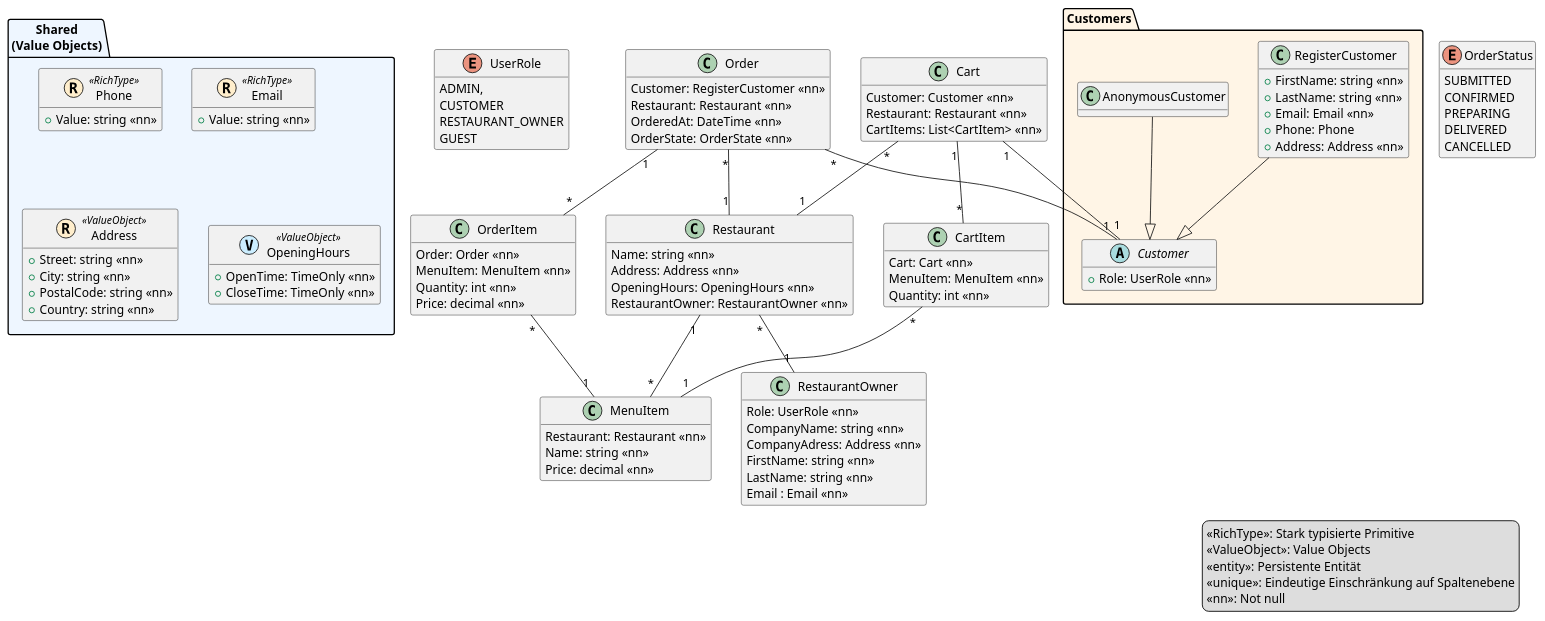
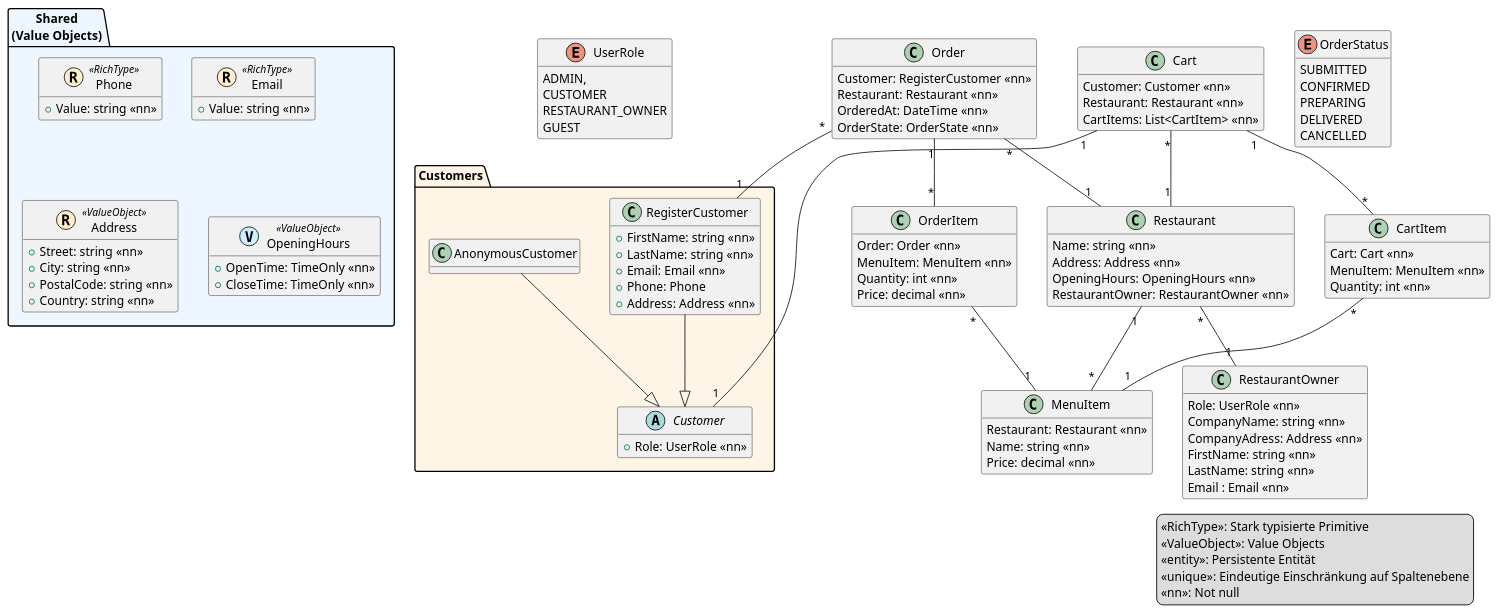
The diagram in model.puml (rw-dalai/spengerbite-api-6baif), drawn with PlantUML before and after one commit.

Commit message:
fix: use RegisteredCustomer instead of Customer

```diff
--- a/model.puml
+++ b/model.puml
@@ -1,149 +1,145 @@
 @startuml
 ' ---- Layout & Stil ----
 hide empty methods
  
 ' ---- Legende ----
 legend right
 <<RichType>>: Stark typisierte Primitive
 <<ValueObject>>: Value Objects
 <<entity>>: Persistente Entität
 <<unique>>: Eindeutige Einschränkung auf Spaltenebene
 <<nn>>: Not null
 endlegend
  
 ' ===================== Packages =====================
 
 package "Shared\n(Value Objects)" as P_Shared #EEF6FF {
  
   class Phone << (R,#FFEECC) RichType >> {
     +Value: string <<nn>>
   }
   
   class Email << (R,#FFEECC) RichType >> {
     +Value: string <<nn>>
   }
   
   class Address << (R,#FFEECC) ValueObject >> {
     +Street: string <<nn>>
     +City: string <<nn>>
     +PostalCode: string <<nn>>
     +Country: string <<nn>>
   }
   
   class OpeningHours << (V,#CCEEFF) ValueObject >> {
     +OpenTime: TimeOnly <<nn>>
     +CloseTime: TimeOnly <<nn>>
   }
 }
 
 enum UserRole {
   ADMIN,
   CUSTOMER
   RESTAURANT_OWNER
   GUEST
 }
 
 package "Customers" as P_Customers #FFF5E6 {
 
     abstract class Customer {
       +Role: UserRole <<nn>>
     }
     
     class RegisterCustomer {
       +FirstName: string <<nn>>
       +LastName: string <<nn>>
       +Email: Email <<nn>>
       +Phone: Phone
       +Address: Address <<nn>>
       '+Addresses: List<Address> <<nn>>
     }
     
     class AnonymousCustomer {
     }
 }
 
 class RestaurantOwner {
   Role: UserRole <<nn>>
   CompanyName: string <<nn>>
   CompanyAdress: Address <<nn>>
   FirstName: string <<nn>>
   LastName: string <<nn>>
   Email : Email <<nn>>
 }
 
 enum OrderStatus {
   SUBMITTED
   CONFIRMED
   PREPARING
   DELIVERED
   CANCELLED
 }
 
 class Order {
   Customer: RegisterCustomer <<nn>>
   Restaurant: Restaurant <<nn>>
   OrderedAt: DateTime <<nn>>
   OrderState: OrderState <<nn>>
 }
 
 class OrderItem {
   Order: Order <<nn>>
   MenuItem: MenuItem <<nn>>
   Quantity: int <<nn>>
   Price: decimal <<nn>>
 }
 
 class Restaurant {
   Name: string <<nn>>
   Address: Address <<nn>>
   OpeningHours: OpeningHours <<nn>>
   RestaurantOwner: RestaurantOwner <<nn>>
 }
 
 class MenuItem {
   Restaurant: Restaurant <<nn>>
   Name: string <<nn>>
   Price: decimal <<nn>>
 }
 
 class Cart {
    Customer: Customer <<nn>>
    Restaurant: Restaurant <<nn>>
    CartItems: List<CartItem> <<nn>>
 }
 
 class CartItem {
    Cart: Cart <<nn>>
    MenuItem: MenuItem <<nn>>
    Quantity: int <<nn>>
 }
 
 
 'Beziehungen
 
 
 ' ===================== Beziehungen =====================
 
 RegisterCustomer --|> Customer
 AnonymousCustomer --|> Customer
 
-Order "*" -- "1" Customer
+Order "*" -- "1" RegisterCustomer
 Order "*" -- "1" Restaurant
 Order "1" -- "*" OrderItem
 
 OrderItem "*" -- "1" MenuItem
 
 Restaurant "1" -- "*" MenuItem
 Restaurant "*" -- "1" RestaurantOwner
 
 Cart "1" -- "1" Customer
 Cart "*" -- "1" Restaurant
 Cart "1" -- "*" CartItem
 
 CartItem "*" -- "1" MenuItem
 
-
-
-
-
 @enduml
```
